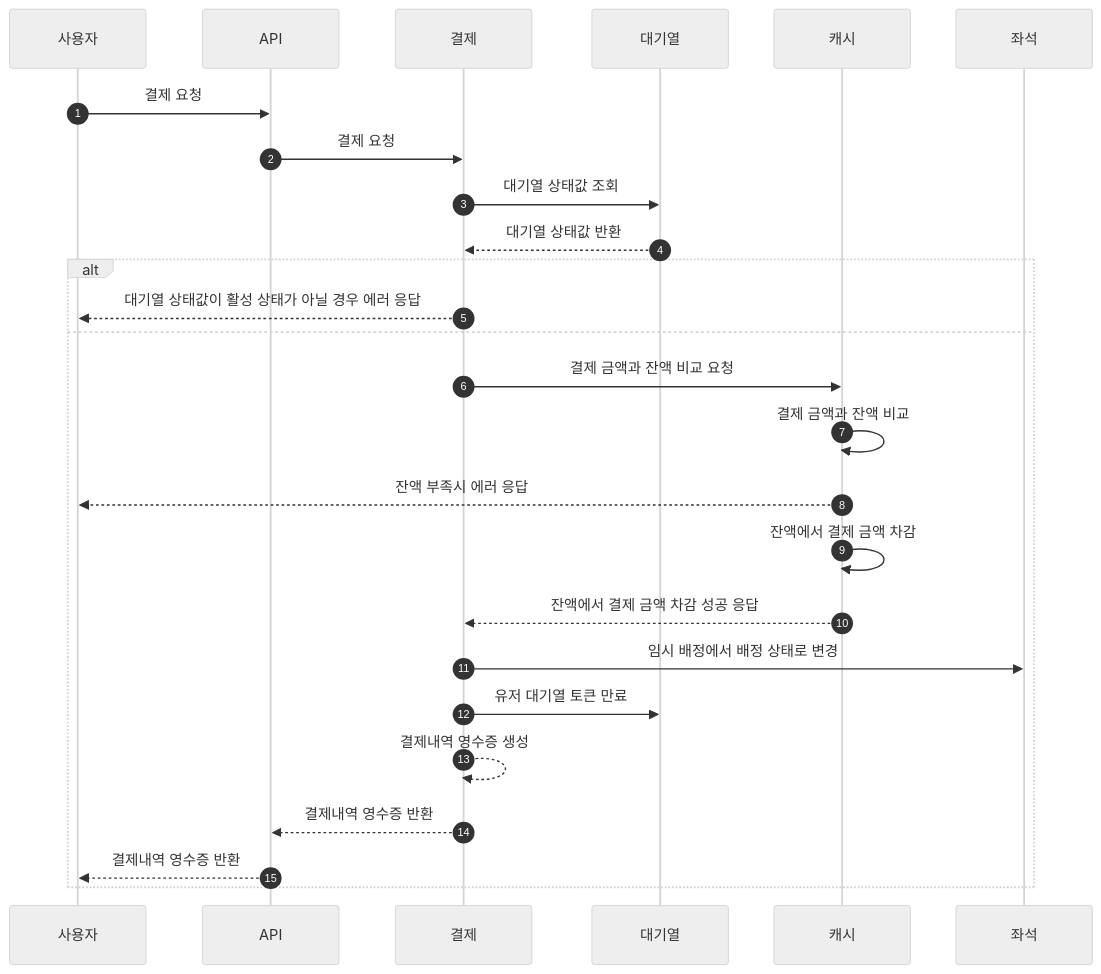
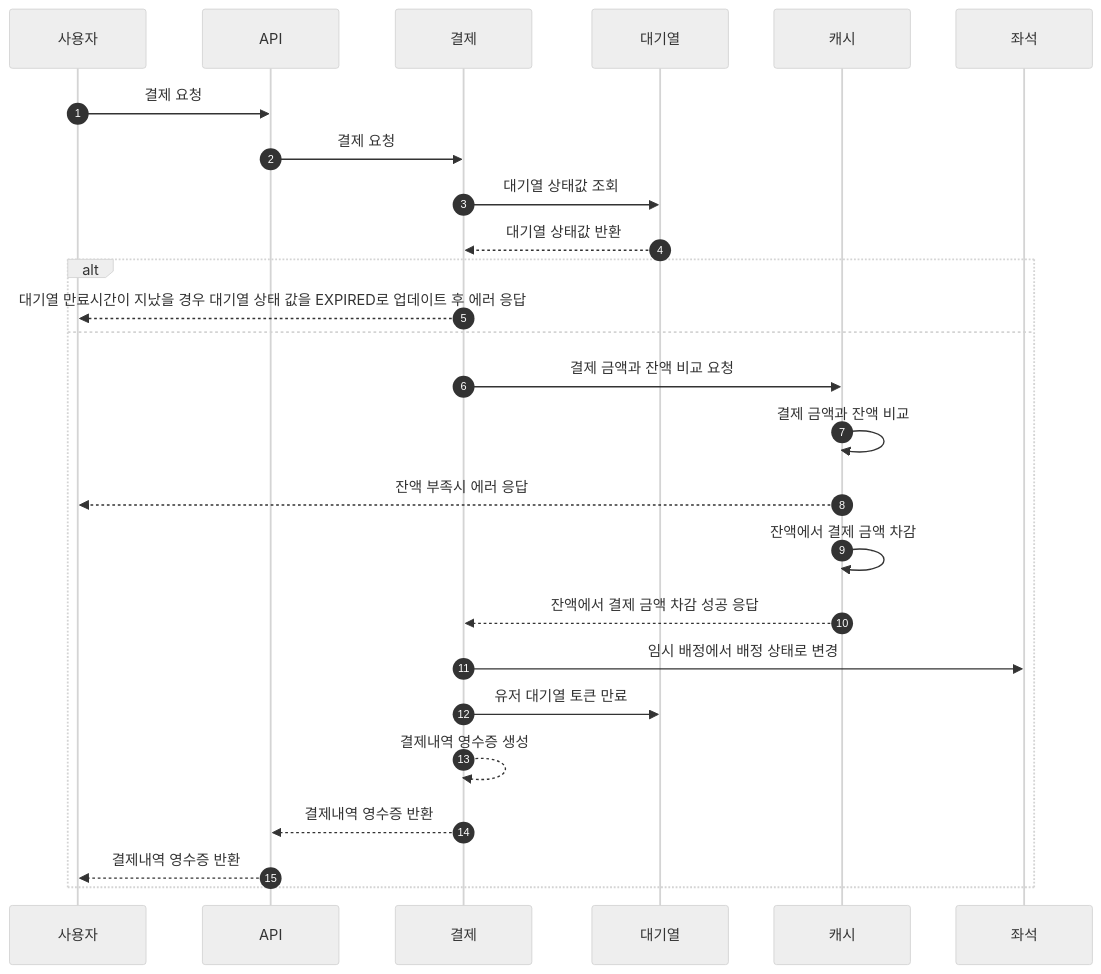
One commit to jikimee64/hhplus-concert changed the seventh of 7 diagrams in docs/sequence.md. Above: the diagram before and after it, drawn with Mermaid (neutral theme). The commit also changed other lines of this file, not shown here.

First line of the commit message:
docs: 시퀀스 다이어그램 수정

````diff
--- a/docs/sequence.md
+++ b/docs/sequence.md
@@ -142,28 +145,28 @@
 ```mermaid
 sequenceDiagram
     autonumber
     participant 사용자 as 사용자
     participant API as API
     participant 결제 as 결제
     participant 대기열 as 대기열
     participant 캐시 as 캐시
     participant 좌석 as 좌석
     사용자 ->> API: 결제 요청
     API ->> 결제: 결제 요청
     결제 ->> 대기열: 대기열 상태값 조회
     대기열 -->> 결제: 대기열 상태값 반환
     alt
-        결제 -->> 사용자: 대기열 상태값이 활성 상태가 아닐 경우 에러 응답
+        결제 -->> 사용자: 대기열 만료시간이 지났을 경우 대기열 상태 값을 EXPIRED로 업데이트 후 에러 응답
     else
         결제 ->> 캐시: 결제 금액과 잔액 비교 요청
         캐시 ->> 캐시: 결제 금액과 잔액 비교
         캐시 -->> 사용자: 잔액 부족시 에러 응답
         캐시 ->> 캐시: 잔액에서 결제 금액 차감
         캐시 -->> 결제: 잔액에서 결제 금액 차감 성공 응답
         결제 ->> 좌석: 임시 배정에서 배정 상태로 변경
         결제 ->> 대기열: 유저 대기열 토큰 만료
         결제 -->> 결제: 결제내역 영수증 생성
         결제 -->> API: 결제내역 영수증 반환
         API -->> 사용자: 결제내역 영수증 반환
     end
 ```
````
